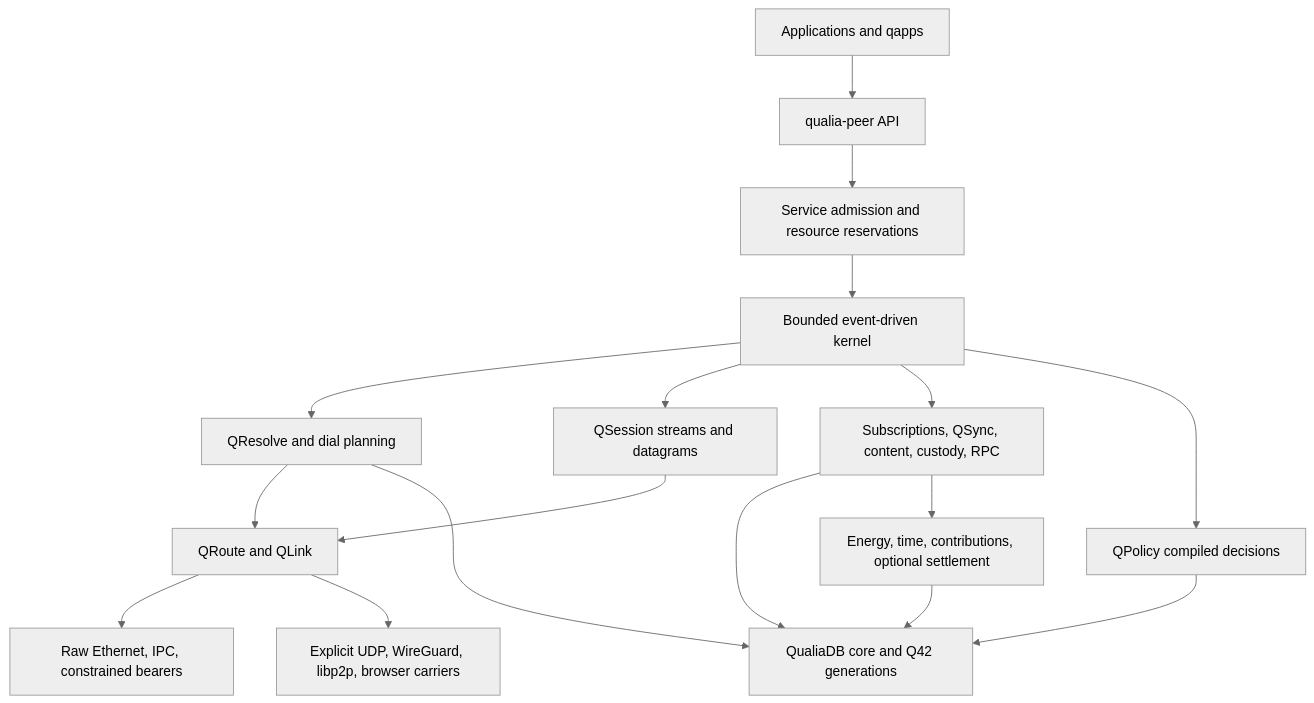
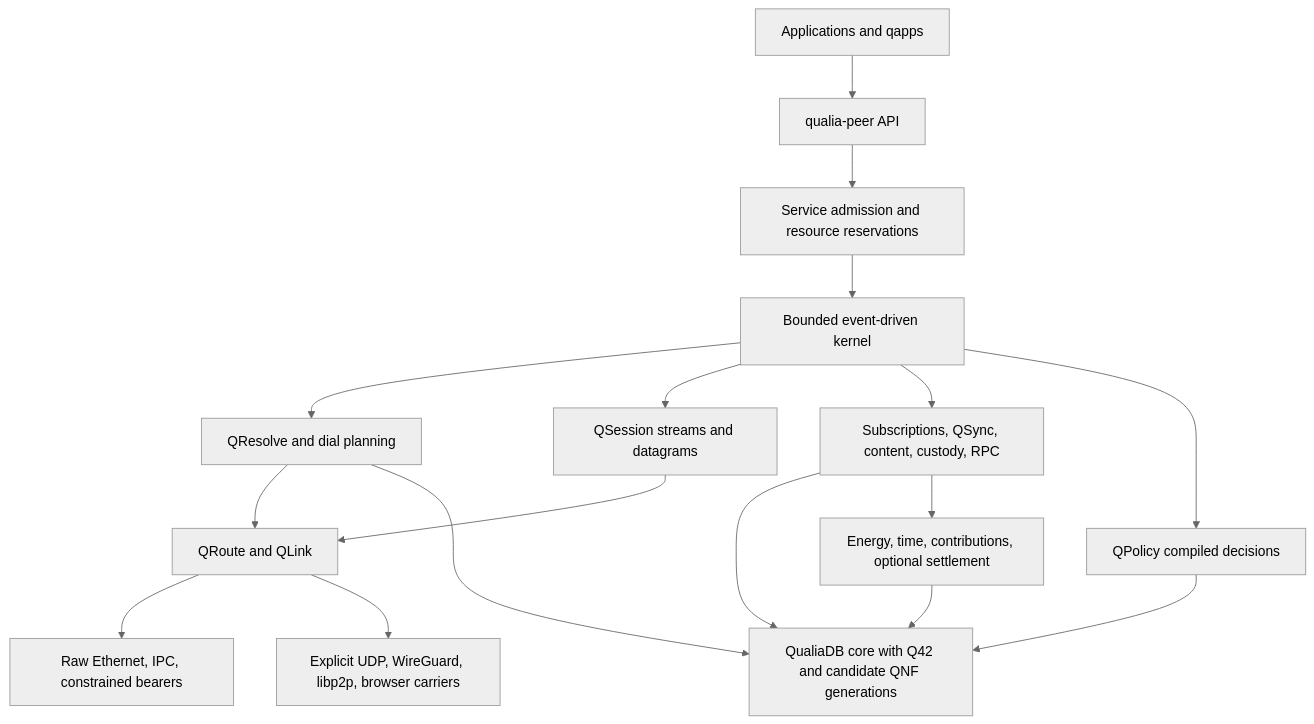
One commit to mediaprophet/qualiaDB changed the diagram in docs/manuals/standards/qualia-decentralized-network-fabric/peer-runtime.md. Above: the diagram before and after it, drawn with Mermaid (neutral theme). The commit also changed other lines of this file and 50 other files, not shown here.

````diff
--- a/docs/manuals/standards/qualia-decentralized-network-fabric/peer-runtime.md
+++ b/docs/manuals/standards/qualia-decentralized-network-fabric/peer-runtime.md
@@ -84,19 +84,19 @@
 ```mermaid
 flowchart TB
     App[Applications and qapps] --> SDK[qualia-peer API]
     SDK --> Admission[Service admission and resource reservations]
     Admission --> Kernel[Bounded event-driven kernel]
     Kernel --> Resolve[QResolve and dial planning]
     Kernel --> Session[QSession streams and datagrams]
     Kernel --> Services[Subscriptions, QSync, content, custody, RPC]
     Kernel --> Policy[QPolicy compiled decisions]
     Resolve --> Route[QRoute and QLink]
     Session --> Route
     Route --> Native[Raw Ethernet, IPC, constrained bearers]
     Route --> Transition[Explicit UDP, WireGuard, libp2p, browser carriers]
-    Services --> Core[QualiaDB core and Q42 generations]
+    Services --> Core[QualiaDB core with Q42 and candidate QNF generations]
     Policy --> Core
     Resolve --> Core
     Services --> Accounting[Energy, time, contributions, optional settlement]
     Accounting --> Core
 ```
````
